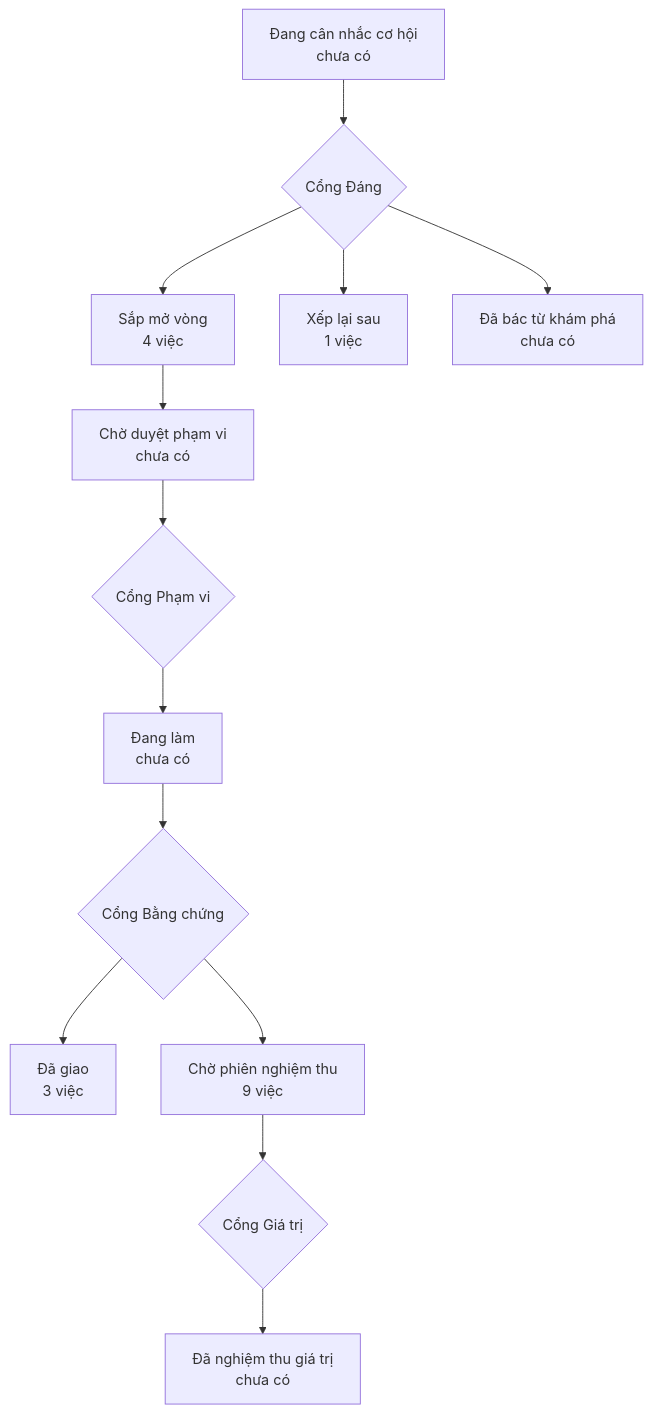
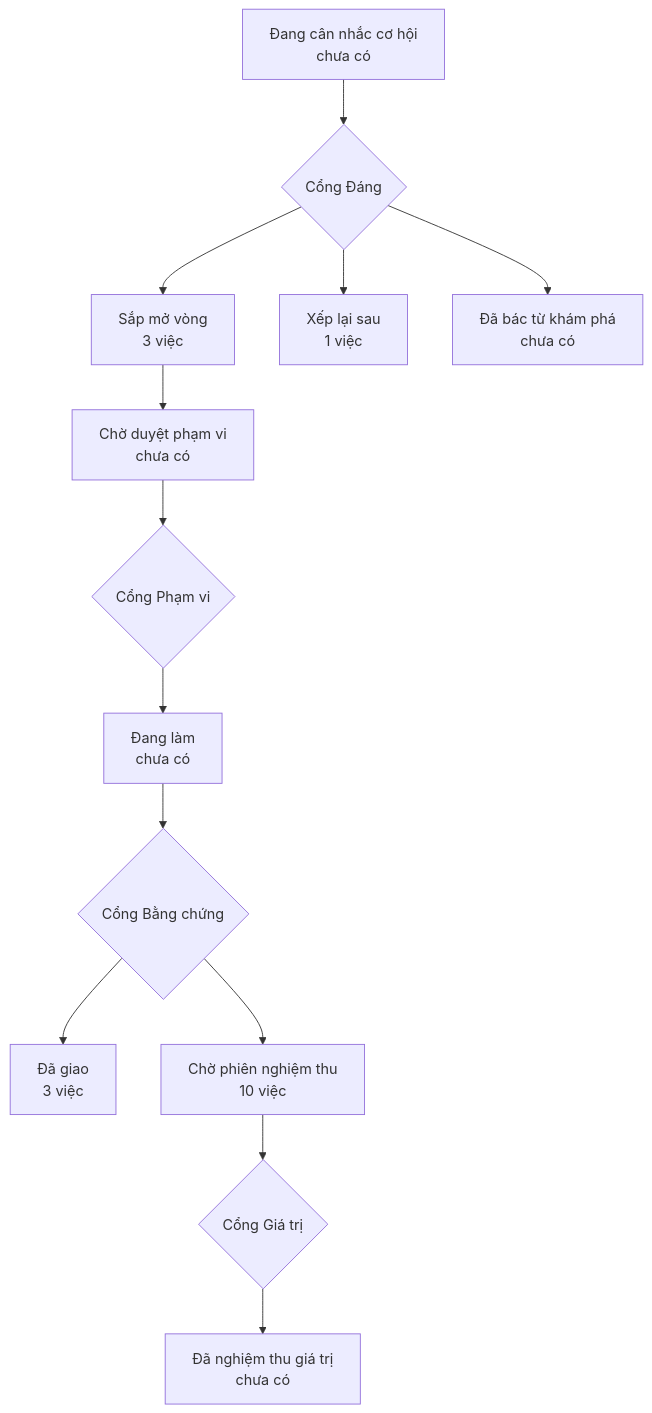
The diagram in PRODUCT-MAP.md (phanlemanh/onehub-quy-hang), drawn with Mermaid before and after one commit. The commit also changed 4 other files, not shown here.

````diff
--- a/PRODUCT-MAP.md
+++ b/PRODUCT-MAP.md
@@ -7,12 +7,12 @@
 ```mermaid
 flowchart TD
   A["Đang cân nhắc cơ hội<br/>chưa có"] --> GD{"Cổng Đáng"}
-  GD --> B["Sắp mở vòng<br/>4 việc"]
+  GD --> B["Sắp mở vòng<br/>3 việc"]
   GD --> XL["Xếp lại sau<br/>1 việc"]
   GD --> DB["Đã bác từ khám phá<br/>chưa có"]
   B --> CD["Chờ duyệt phạm vi<br/>chưa có"] --> GP{"Cổng Phạm vi"}
   GP --> DL["Đang làm<br/>chưa có"] --> GB{"Cổng Bằng chứng"}
   GB --> DG["Đã giao<br/>3 việc"]
-  GB --> CN["Chờ phiên nghiệm thu<br/>9 việc"] --> GG{"Cổng Giá trị"}
+  GB --> CN["Chờ phiên nghiệm thu<br/>10 việc"] --> GG{"Cổng Giá trị"}
   GG --> NT["Đã nghiệm thu giá trị<br/>chưa có"]
 ```
````
